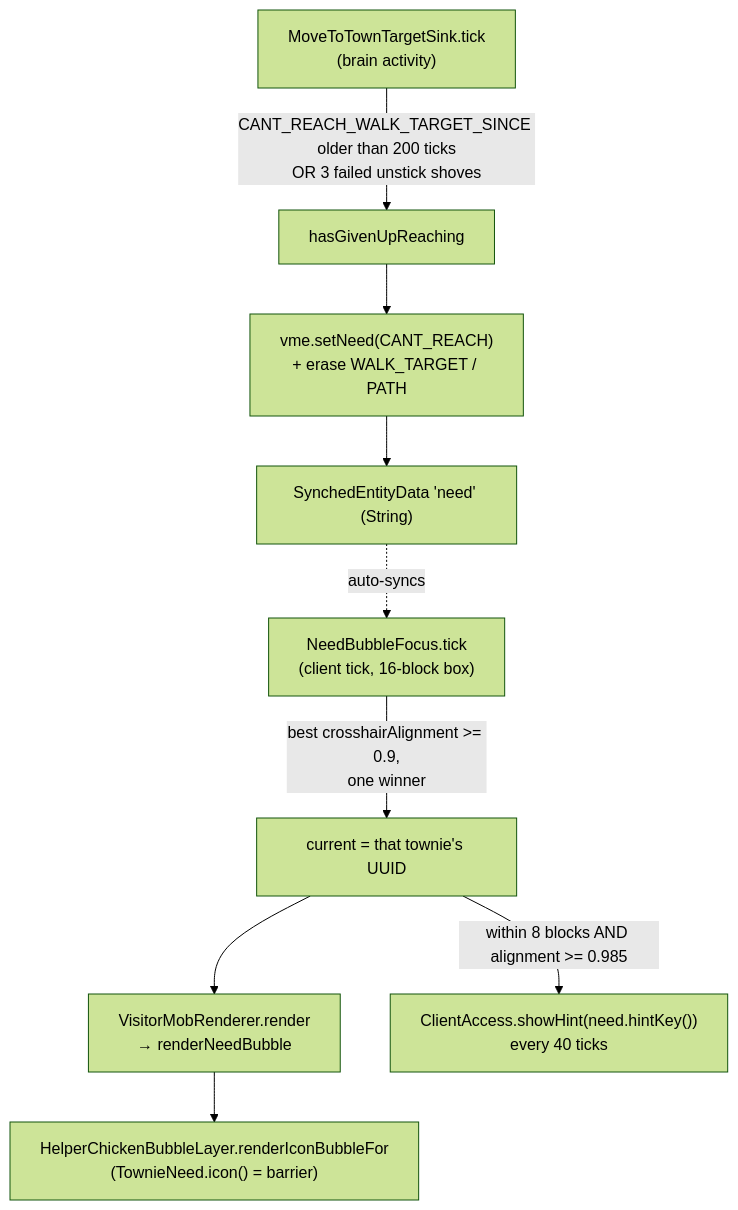
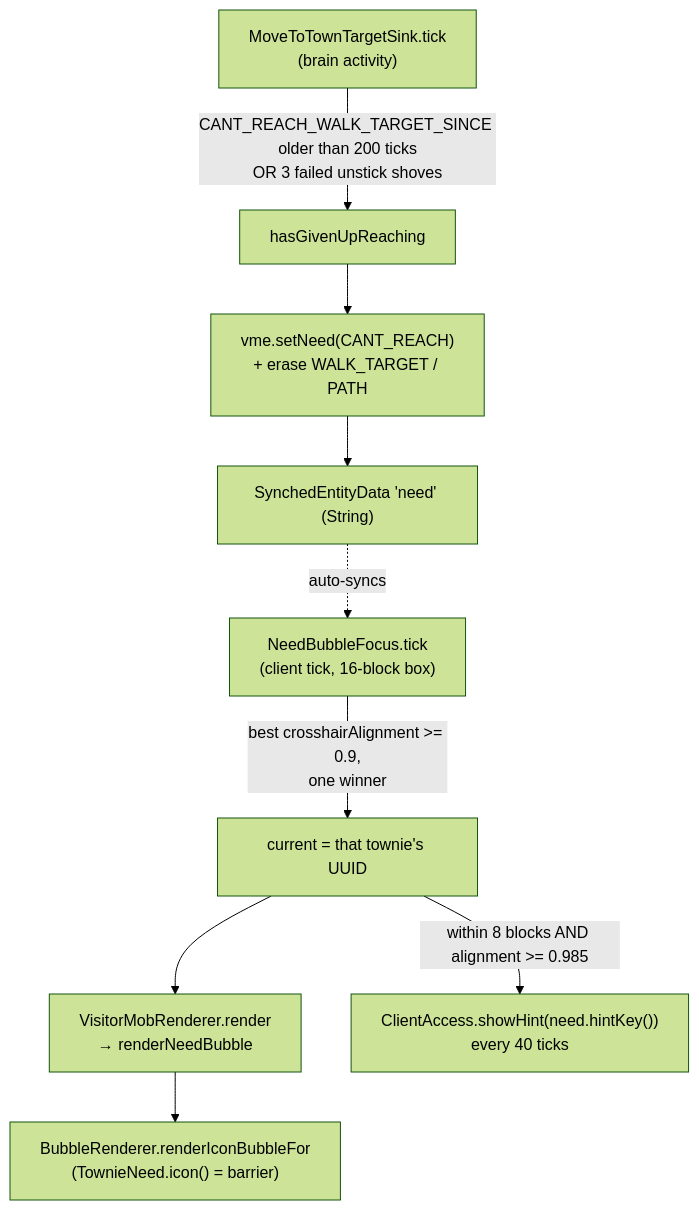
Before and after one commit to bradsk88/Questown: the first of 4 diagrams in src/main/java/ca/bradj/questown/mobs/visitor/COMPLEX.md, drawn with Mermaid (forest theme). The commit also changed other lines of this file and 7 other files, not shown here.

First line of the commit message:
refactor(render): move the bubble renderer out of the chicken package

````diff
--- a/src/main/java/ca/bradj/questown/mobs/visitor/COMPLEX.md
+++ b/src/main/java/ca/bradj/questown/mobs/visitor/COMPLEX.md
@@ -13,15 +13,15 @@
 ```mermaid
 flowchart TD
     Sink["MoveToTownTargetSink.tick<br/>(brain activity)"]
     Sink -->|"CANT_REACH_WALK_TARGET_SINCE older than 200 ticks<br/>OR 3 failed unstick shoves"| GiveUp["hasGivenUpReaching"]
     GiveUp --> Set["vme.setNeed(CANT_REACH)<br/>+ erase WALK_TARGET / PATH"]
     Set --> Data["SynchedEntityData 'need' (String)"]
 
     Data -.auto-syncs.-> Focus["NeedBubbleFocus.tick<br/>(client tick, 16-block box)"]
     Focus -->|"best crosshairAlignment >= 0.9,<br/>one winner"| Hold["current = that townie's UUID"]
 
     Hold --> Render["VisitorMobRenderer.render<br/>→ renderNeedBubble"]
-    Render --> Bubble["HelperChickenBubbleLayer.renderIconBubbleFor<br/>(TownieNeed.icon() = barrier)"]
+    Render --> Bubble["BubbleRenderer.renderIconBubbleFor<br/>(TownieNeed.icon() = barrier)"]
 
     Hold -->|"within 8 blocks AND alignment >= 0.985"| Hint["ClientAccess.showHint(need.hintKey())<br/>every 40 ticks"]
 ```
````
